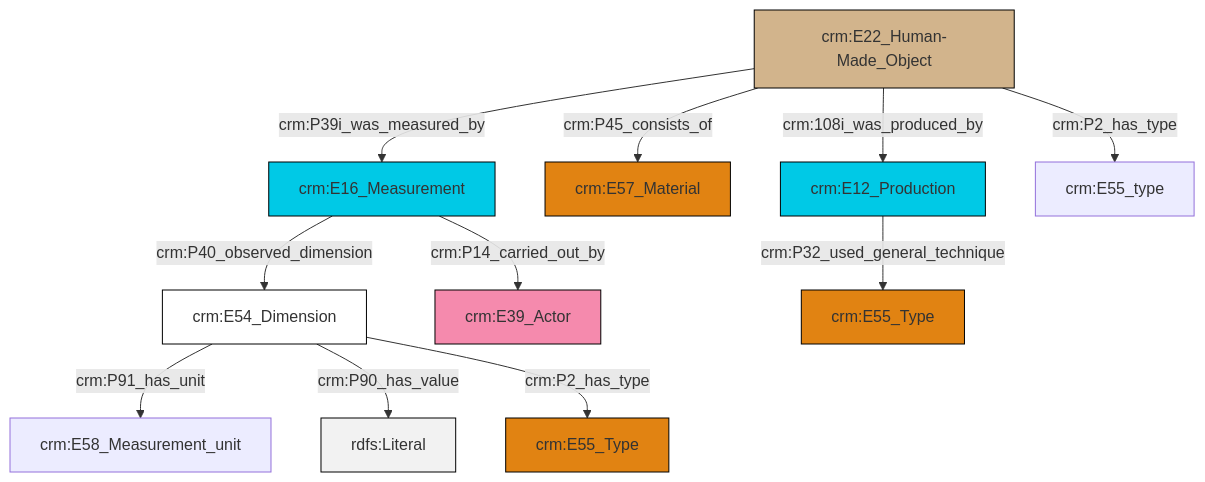
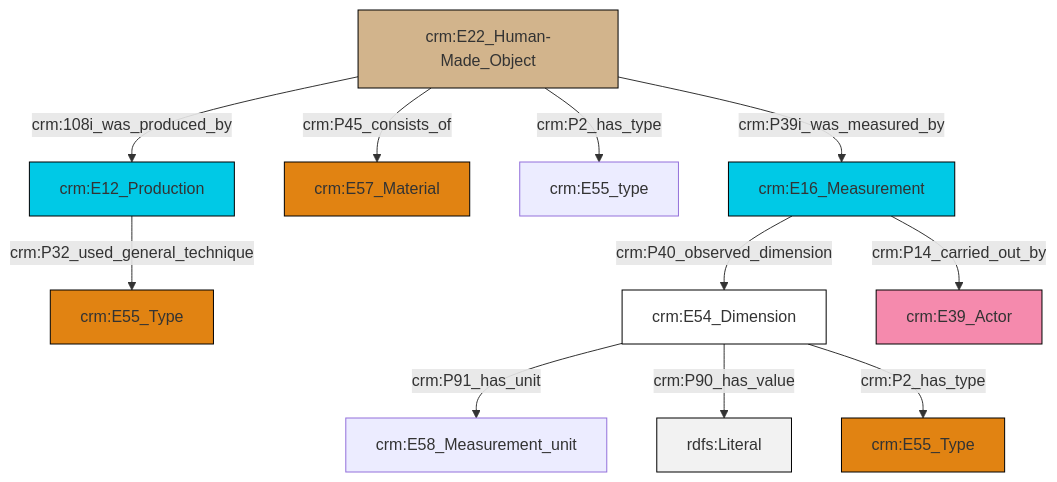
Before and after one commit to swiss-art-research-net/reference-data-models: the diagram in et/artworkCSV/ttl/mmd/Artwork_substance.ttl.mmd, drawn with Mermaid. The commit also changed 121 other files, not shown here.

```diff
--- a/et/artworkCSV/ttl/mmd/Artwork_substance.ttl.mmd
+++ b/et/artworkCSV/ttl/mmd/Artwork_substance.ttl.mmd
@@ -1,25 +1,25 @@
 graph TD
 classDef Literal fill:#f2f2f2,stroke:#000000;
 classDef CRM_Entity fill:#FFFFFF,stroke:#000000;
 classDef Temporal_Entity fill:#00C9E6, stroke:#000000;
 classDef Type fill:#E18312, stroke:#000000;
 classDef Time-Span fill:#2C9C91, stroke:#000000;
 classDef Appellation fill:#FFEB7F, stroke:#000000;
 classDef Place fill:#008836, stroke:#000000;
 classDef Persistent_Item fill:#B266B2, stroke:#000000;
 classDef Conceptual_Object fill:#FFD700, stroke:#000000;
 classDef Physical_Thing fill:#D2B48C, stroke:#000000;
 classDef Actor fill:#f58aad, stroke:#000000;
 classDef PC_Classes fill:#4ce600, stroke:#000000;
 classDef Multi fill:#cccccc,stroke:#000000;
 
-2["crm:E12_Production"]:::Temporal_Entity -->|crm:P32_used_general_technique| 3["crm:E55_Type"]:::Type
-0["crm:E54_Dimension"]:::CRM_Entity -->|crm:P91_has_unit| 4["crm:E58_Measurement_unit"]:::Default
-0["crm:E54_Dimension"]:::CRM_Entity -->|crm:P90_has_value| 11[rdfs:Literal]:::Literal
-0["crm:E54_Dimension"]:::CRM_Entity -->|crm:P2_has_type| 16["crm:E55_Type"]:::Type
-7["crm:E22_Human-Made_Object"]:::Physical_Thing -->|crm:P39i_was_measured_by| 5["crm:E16_Measurement"]:::Temporal_Entity
-7["crm:E22_Human-Made_Object"]:::Physical_Thing -->|crm:P45_consists_of| 9["crm:E57_Material"]:::Type
-5["crm:E16_Measurement"]:::Temporal_Entity -->|crm:P40_observed_dimension| 0["crm:E54_Dimension"]:::CRM_Entity
-7["crm:E22_Human-Made_Object"]:::Physical_Thing -->|crm:108i_was_produced_by| 2["crm:E12_Production"]:::Temporal_Entity
-5["crm:E16_Measurement"]:::Temporal_Entity -->|crm:P14_carried_out_by| 12["crm:E39_Actor"]:::Actor
-7["crm:E22_Human-Made_Object"]:::Physical_Thing -->|crm:P2_has_type| 18["crm:E55_type"]:::Default
+2["crm:E22_Human-Made_Object"]:::Physical_Thing -->|crm:P45_consists_of| 3["crm:E57_Material"]:::Type
+2["crm:E22_Human-Made_Object"]:::Physical_Thing -->|crm:P39i_was_measured_by| 0["crm:E16_Measurement"]:::Temporal_Entity
+7["crm:E12_Production"]:::Temporal_Entity -->|crm:P32_used_general_technique| 8["crm:E55_Type"]:::Type
+12["crm:E54_Dimension"]:::CRM_Entity -->|crm:P91_has_unit| 9["crm:E58_Measurement_unit"]:::Default
+0["crm:E16_Measurement"]:::Temporal_Entity -->|crm:P14_carried_out_by| 13["crm:E39_Actor"]:::Actor
+0["crm:E16_Measurement"]:::Temporal_Entity -->|crm:P40_observed_dimension| 12["crm:E54_Dimension"]:::CRM_Entity
+12["crm:E54_Dimension"]:::CRM_Entity -->|crm:P90_has_value| 15[rdfs:Literal]:::Literal
+2["crm:E22_Human-Made_Object"]:::Physical_Thing -->|crm:P2_has_type| 4["crm:E55_type"]:::Default
+2["crm:E22_Human-Made_Object"]:::Physical_Thing -->|crm:108i_was_produced_by| 7["crm:E12_Production"]:::Temporal_Entity
+12["crm:E54_Dimension"]:::CRM_Entity -->|crm:P2_has_type| 19["crm:E55_Type"]:::Type
```
